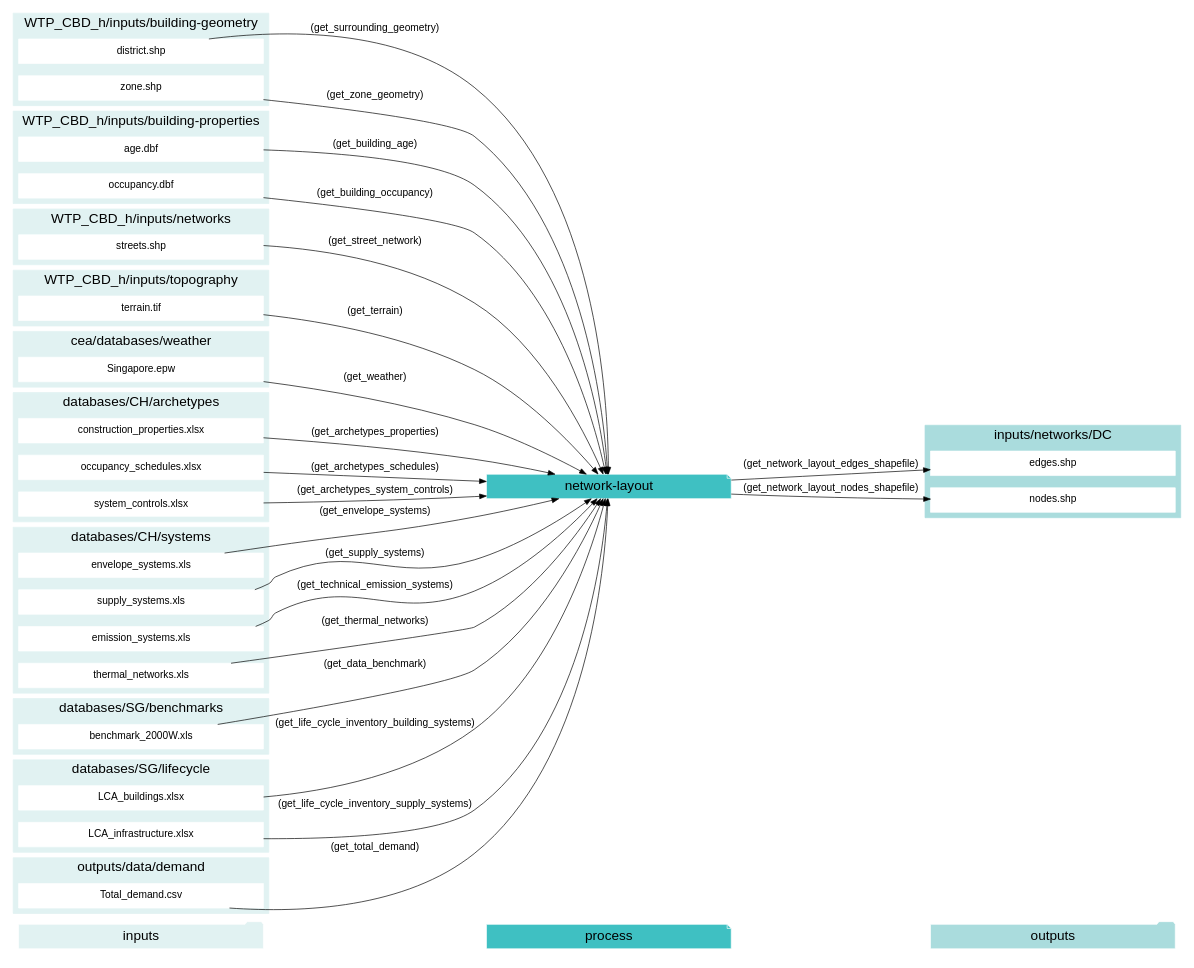
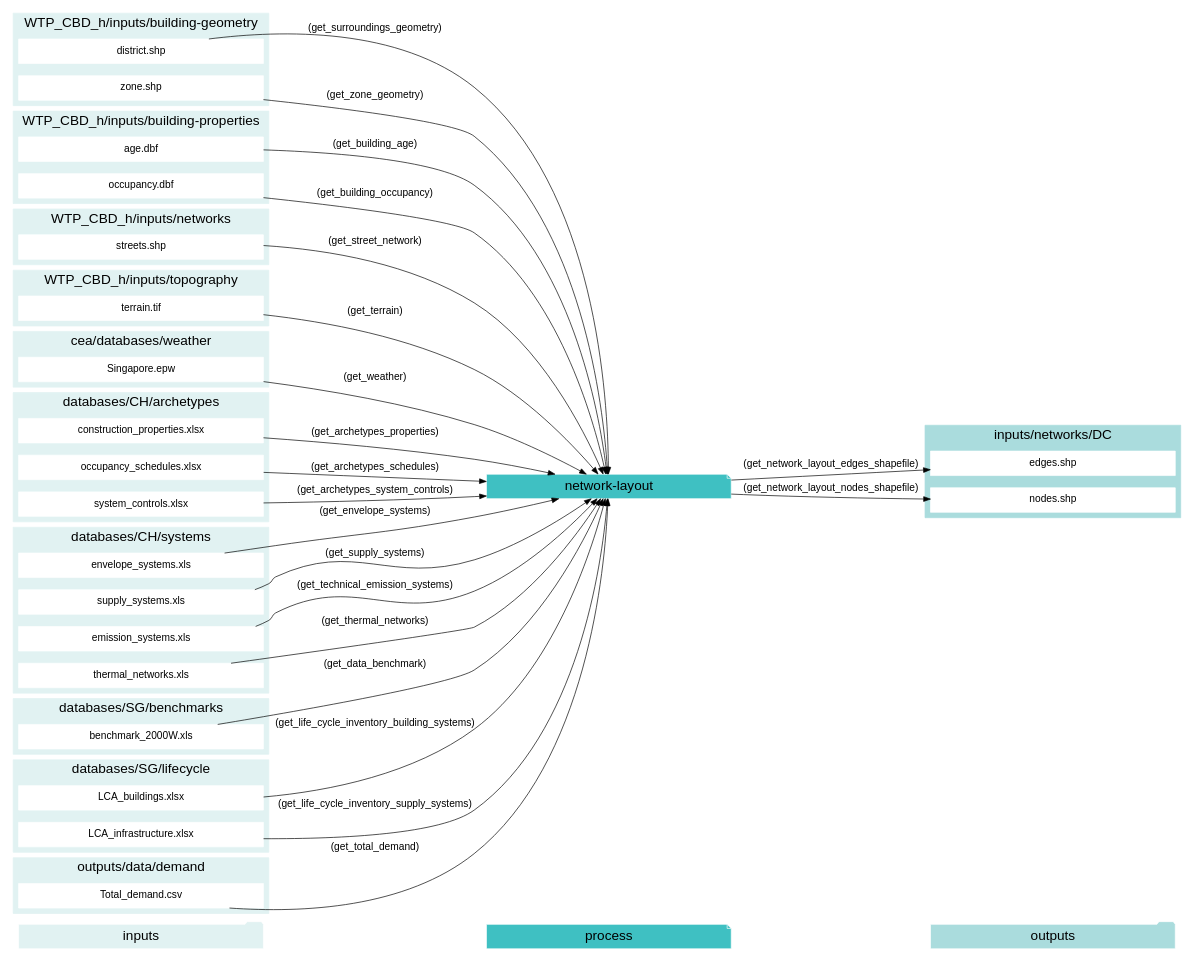
Before and after one commit to architecture-building-systems/CityEnergyAnalyst: the third of 12 diagrams in docs/script-data-flow.rst, drawn with Graphviz. The commit also changed other lines of this file and 15 other files, not shown here.

Commit message:
rename get_surrounding_geometry to get_surroungs_geometry

```diff
--- a/docs/script-data-flow.rst
+++ b/docs/script-data-flow.rst
@@ -408,7 +408,7 @@
     "age.dbf" -> "network-layout"[label="(get_building_age)"]
     "occupancy.dbf" -> "network-layout"[label="(get_building_occupancy)"]
     "benchmark_2000W.xls" -> "network-layout"[label="(get_data_benchmark)"]
-    "district.shp" -> "network-layout"[label="(get_surrounding_geometry)"]
+    "district.shp" -> "network-layout"[label="(get_surroundings_geometry)"]
     "envelope_systems.xls" -> "network-layout"[label="(get_envelope_systems)"]
     "LCA_buildings.xlsx" -> "network-layout"[label="(get_life_cycle_inventory_building_systems)"]
     "LCA_infrastructure.xlsx" -> "network-layout"[label="(get_life_cycle_inventory_supply_systems)"]
```
